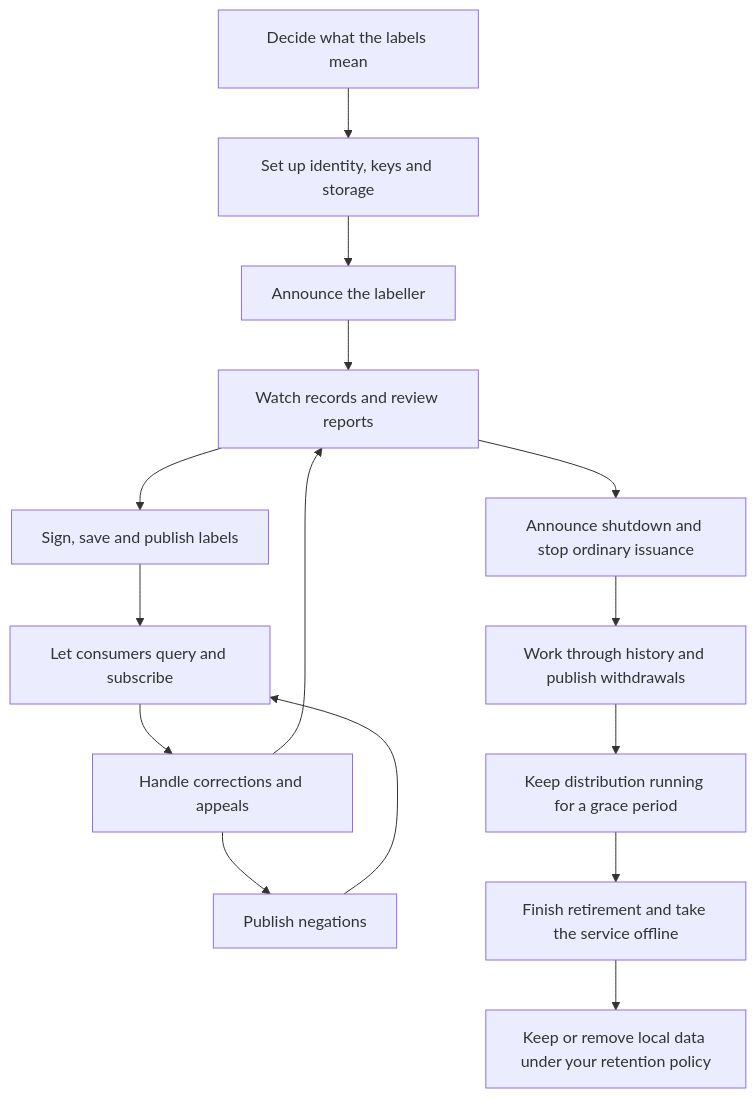
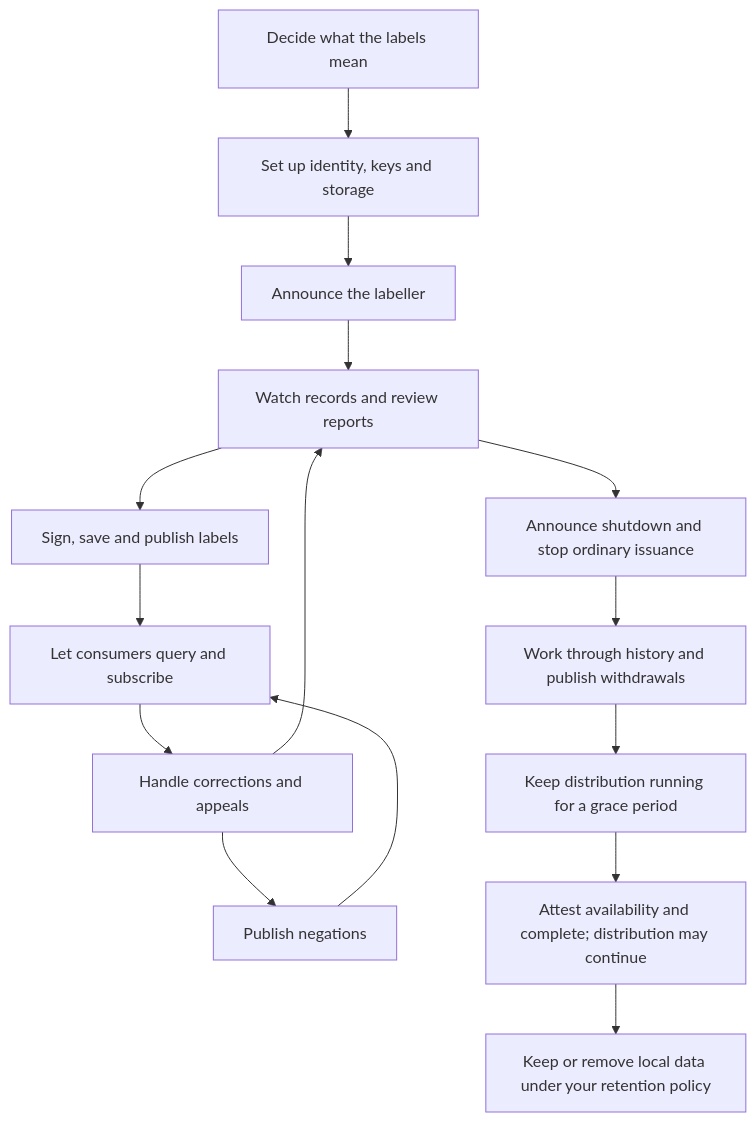
The first of 2 diagrams in docs/docs/labeller/overview.md (blowdart/idunno.Bluesky), drawn with Mermaid before and after one commit. The commit also changed other lines of this file and 47 other files, not shown here.

````diff
--- a/docs/docs/labeller/overview.md
+++ b/docs/docs/labeller/overview.md
@@ -59,17 +59,17 @@
 ```mermaid
 flowchart TD
     scope["Decide what the labels mean"] --> prepare["Set up identity, keys and storage"]
     prepare --> announce["Announce the labeller"]
     announce --> operate["Watch records and review reports"]
     operate --> issue["Sign, save and publish labels"]
     issue --> distribute["Let consumers query and subscribe"]
     distribute --> review["Handle corrections and appeals"]
     review --> operate
     review --> negate["Publish negations"]
     negate --> distribute
     operate --> retire["Announce shutdown and stop ordinary issuance"]
     retire --> withdraw["Work through history and publish withdrawals"]
     withdraw --> grace["Keep distribution running for a grace period"]
-    grace --> finish["Finish retirement and take the service offline"]
+    grace --> finish["Attest availability and complete; distribution may continue"]
     finish --> retain["Keep or remove local data under your retention policy"]
 ```
````
